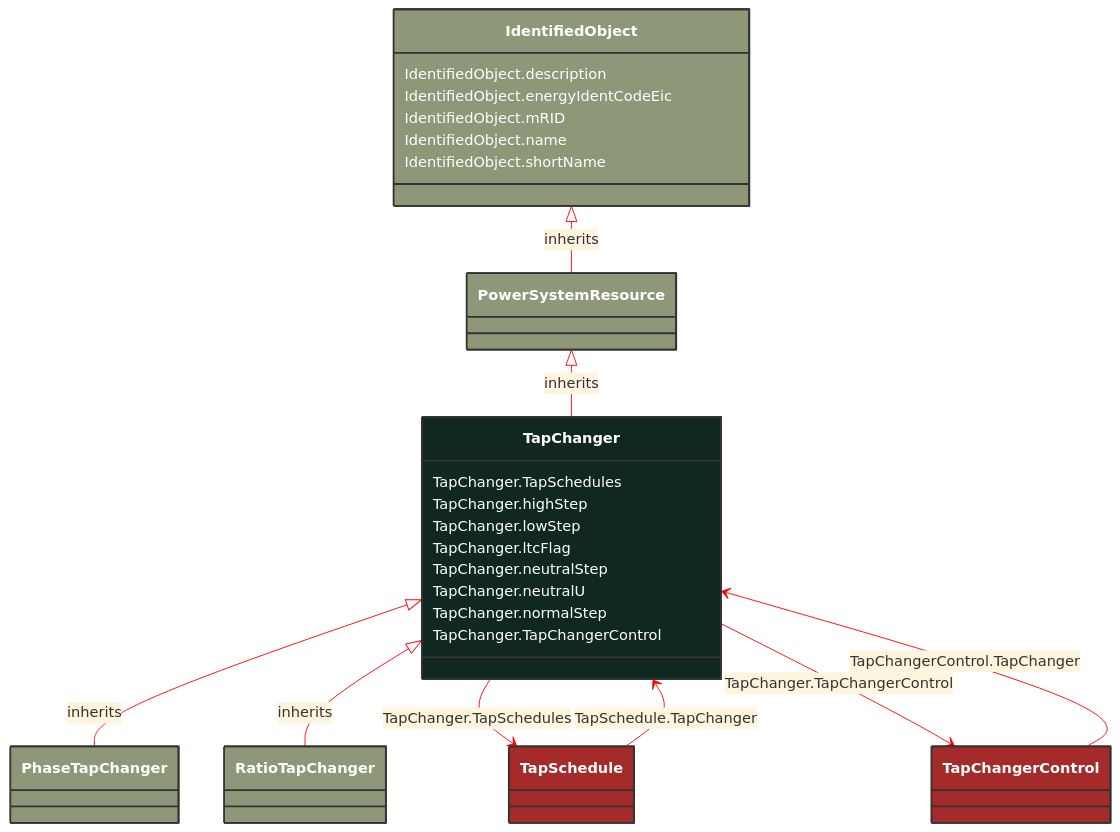
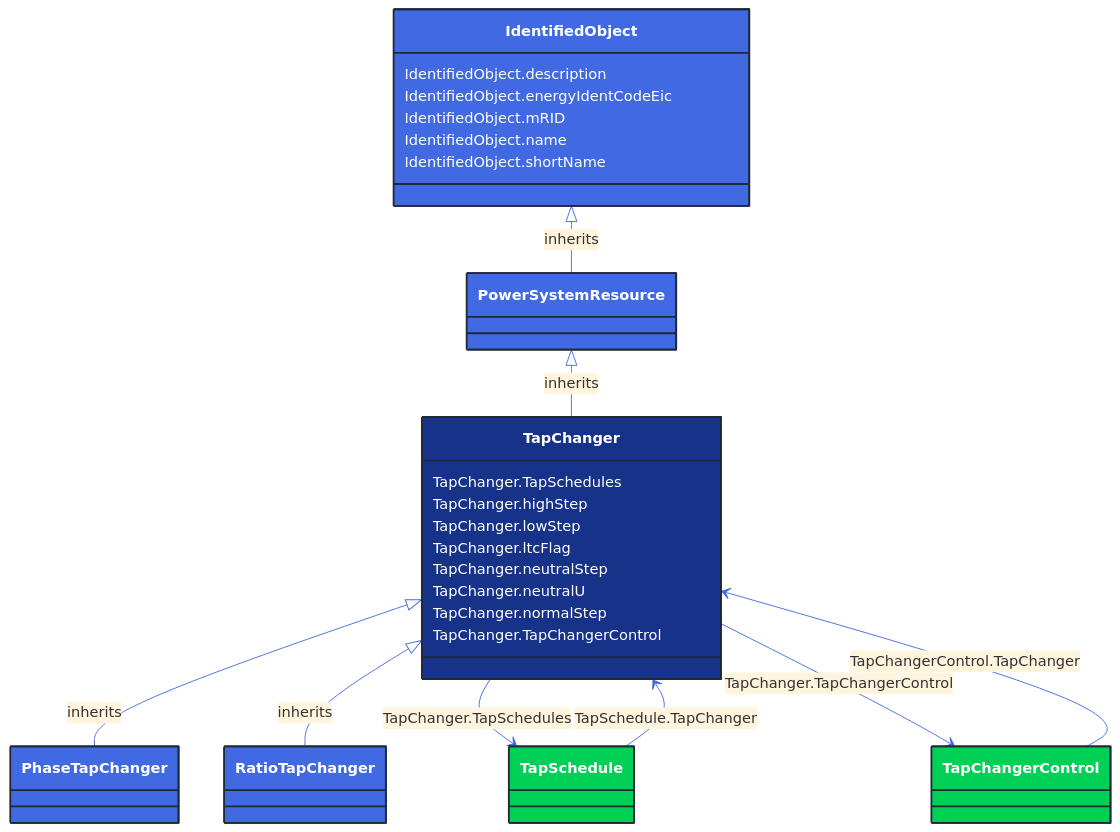
Before and after one commit to 3lbits/NoCIMExtensions: the diagram in docs/Models/Profiles/CoreEquipment/AbstractClasses/TapChanger.md, drawn with Mermaid. The commit also changed 362 other files, not shown here.

First line of the commit message:
Update diagrams and styles for improved visual consistency

````diff
--- a/docs/Models/Profiles/CoreEquipment/AbstractClasses/TapChanger.md
+++ b/docs/Models/Profiles/CoreEquipment/AbstractClasses/TapChanger.md
@@ -10,65 +10,65 @@
 ```mermaid
-%%{init: {'theme':'base','themeVariables': {'lineColor': '#FF0000'}}}%%
+%%{init: {'theme':'base','themeVariables': {'lineColor': '#4169E1'}}}%%
 classDiagram
     class TapChanger
     click TapChanger href "/Models/Profiles/CoreEquipment/AbstractClasses/TapChanger/"
-    style TapChanger fill:#102820,stroke:#333,stroke-width:2px,rx:10,ry:10,color:white
+    style TapChanger fill:#163289,stroke:#1F2A37,stroke-width:2px,rx:10,ry:10,color:white
 
         TapChanger <|-- PhaseTapChanger : inherits
 
         PhaseTapChanger
             click PhaseTapChanger href "/Models/Profiles/CoreEquipment/AbstractClasses/PhaseTapChanger/"
-            style PhaseTapChanger fill:#8F9779,stroke:#333,stroke-width:2px,rx:10,ry:10,color:white
+            style PhaseTapChanger fill:#4169E1,stroke:#1F2A37,stroke-width:2px,rx:10,ry:10,color:white
 
         TapChanger <|-- RatioTapChanger : inherits
 
         RatioTapChanger
             click RatioTapChanger href "/Models/Profiles/CoreEquipment/ConcreteClasses/RatioTapChanger/"
-            style RatioTapChanger fill:#8F9779,stroke:#333,stroke-width:2px,rx:10,ry:10,color:white
+            style RatioTapChanger fill:#4169E1,stroke:#1F2A37,stroke-width:2px,rx:10,ry:10,color:white
      
         PowerSystemResource <|-- TapChanger : inherits
             click PowerSystemResource href "/Models/Profiles/CoreEquipment/AbstractClasses/PowerSystemResource/"
-            style PowerSystemResource fill:#8F9779,stroke:#333,stroke-width:2px,rx:10,ry:10,color:white
+            style PowerSystemResource fill:#4169E1,stroke:#1F2A37,stroke-width:2px,rx:10,ry:10,color:white
      
         IdentifiedObject <|-- PowerSystemResource : inherits
             click IdentifiedObject href "/Models/Profiles/CoreEquipment/AbstractClasses/IdentifiedObject/"
-            style IdentifiedObject fill:#8F9779,stroke:#333,stroke-width:2px,rx:10,ry:10,color:white
+            style IdentifiedObject fill:#4169E1,stroke:#1F2A37,stroke-width:2px,rx:10,ry:10,color:white
 
         TapChanger --> TapSchedule : TapChanger.TapSchedules
 
         TapSchedule
             click TapSchedule href "/Models/Profiles/CoreEquipment/AbstractClasses/TapSchedule/"
-            style TapSchedule fill:#A52A2A,stroke:#333,stroke-width:2px,rx:10,ry:10,color:white
+            style TapSchedule fill:#00D156,stroke:#1F2A37,stroke-width:2px,rx:10,ry:10,color:white
         TapChanger --> TapChangerControl : TapChanger.TapChangerControl
 
         TapChangerControl
             click TapChangerControl href "/Models/Profiles/CoreEquipment/ConcreteClasses/TapChangerControl/"
-            style TapChangerControl fill:#A52A2A,stroke:#333,stroke-width:2px,rx:10,ry:10,color:white
+            style TapChangerControl fill:#00D156,stroke:#1F2A37,stroke-width:2px,rx:10,ry:10,color:white
 
         TapSchedule --> TapChanger : TapSchedule.TapChanger
 
         TapSchedule
             click TapSchedule href "/Models/Profiles/CoreEquipment/AbstractClasses/TapSchedule/"
-            style TapSchedule fill:#A52A2A,stroke:#333,stroke-width:2px,rx:10,ry:10,color:white
+            style TapSchedule fill:#00D156,stroke:#1F2A37,stroke-width:2px,rx:10,ry:10,color:white
 
         TapChangerControl --> TapChanger : TapChangerControl.TapChanger
 
         TapChangerControl
             click TapChangerControl href "/Models/Profiles/CoreEquipment/ConcreteClasses/TapChangerControl/"
-            style TapChangerControl fill:#A52A2A,stroke:#333,stroke-width:2px,rx:10,ry:10,color:white
+            style TapChangerControl fill:#00D156,stroke:#1F2A37,stroke-width:2px,rx:10,ry:10,color:white
 
 
         TapChanger : TapChanger.TapSchedules
         TapChanger : TapChanger.highStep
         TapChanger : TapChanger.lowStep
         TapChanger : TapChanger.ltcFlag
         TapChanger : TapChanger.neutralStep
         TapChanger : TapChanger.neutralU
         TapChanger : TapChanger.normalStep
         TapChanger : TapChanger.TapChangerControl
         IdentifiedObject : IdentifiedObject.description
         IdentifiedObject : IdentifiedObject.energyIdentCodeEic
         IdentifiedObject : IdentifiedObject.mRID
         IdentifiedObject : IdentifiedObject.name
         IdentifiedObject : IdentifiedObject.shortName
 ```
````
